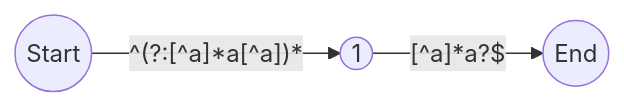
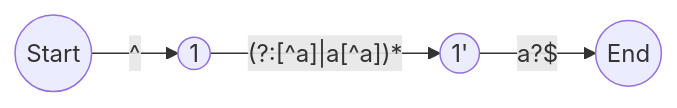
Before and after one commit to tdzl2003/leetcode_live: diagram 19 of 20 in regexp/20220102.md, drawn with Mermaid. The commit also changed other lines of this file, not shown here.

````diff
--- a/regexp/20220102.md
+++ b/regexp/20220102.md
@@ -113,8 +241,10 @@
 ```mermaid
 graph LR
     Start((Start))
     1((1))
+    1'((1'))
     End((End))
-    Start -- "^(?:[^a]*a[^a])*" --> 1
-    1 -- "[^a]*a?$" --> End
+    Start -- ^ --> 1
+    1 -- "(?:[^a]|a[^a])*" --> 1'
+    1' -- "a?$" --> End
 ```
````
